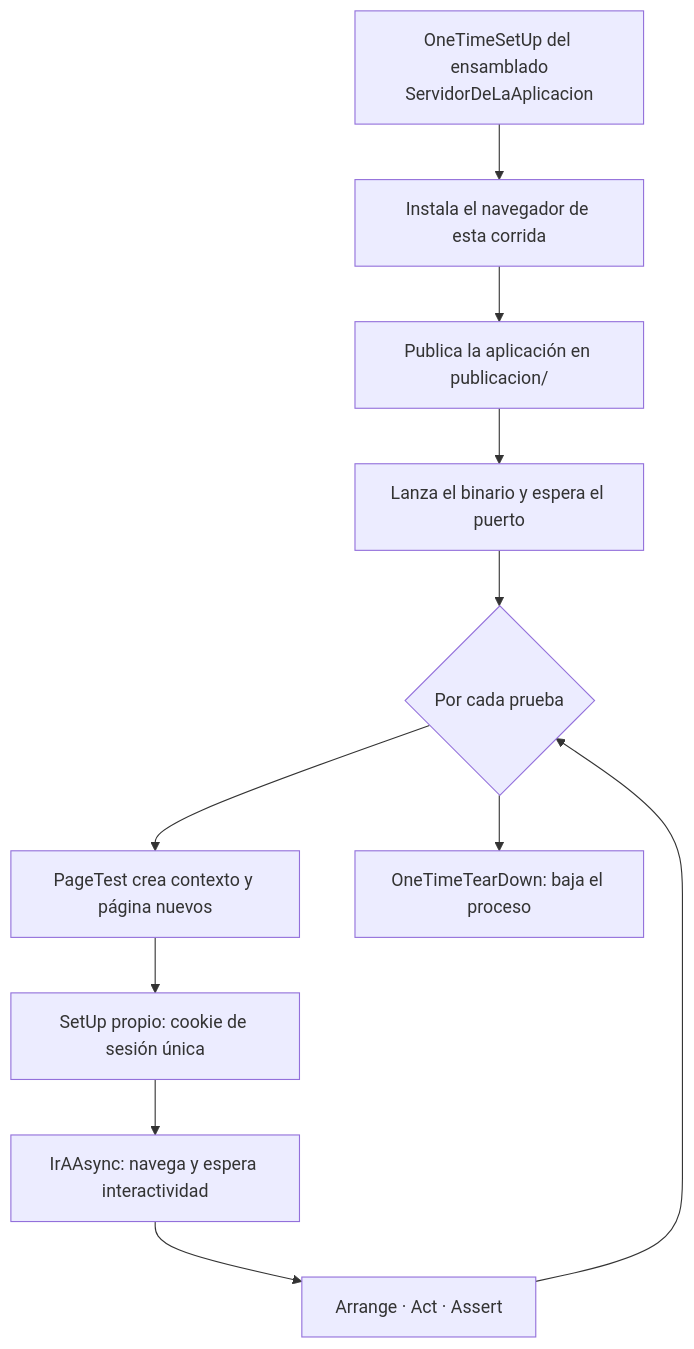
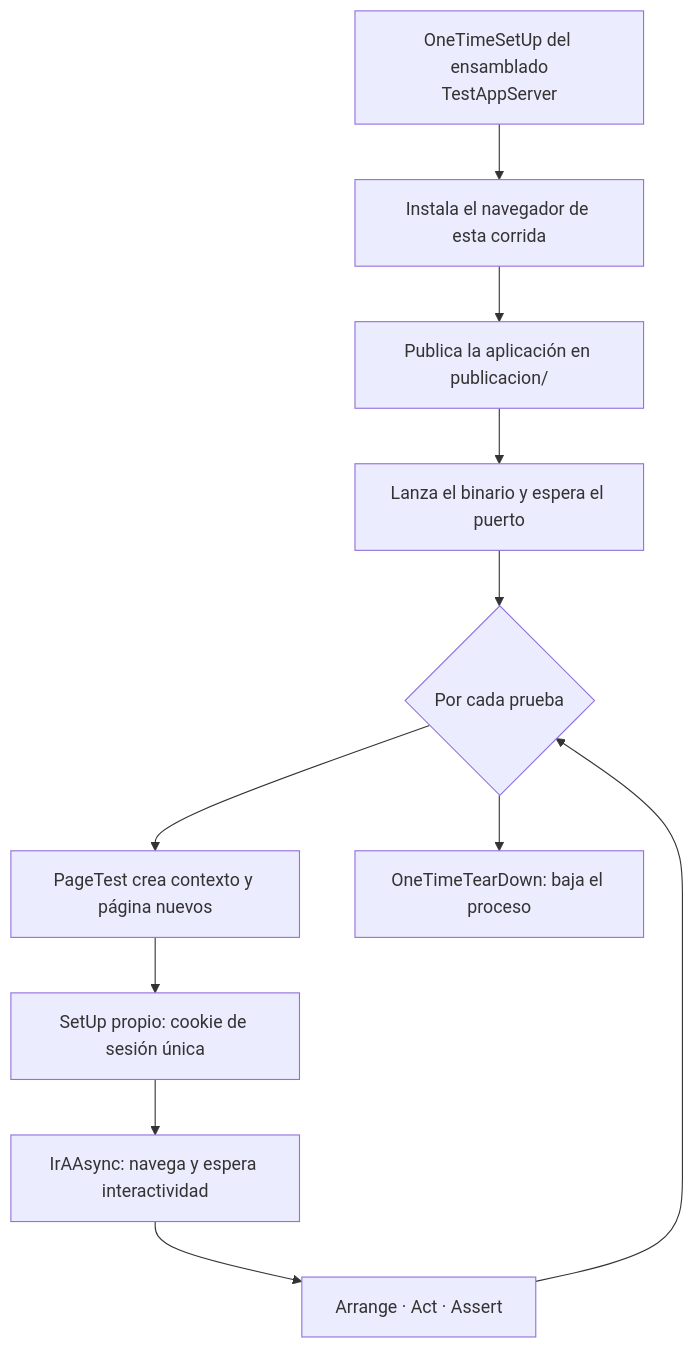
The diagram in Guides/E2E-Guide/Quick-Guide-ABM.md (hdcm-dev/Lab-E2E.WebBlazor.Documentacion), drawn with Mermaid before and after one commit. The commit also changed other lines of this file and 17 other files, not shown here.

````diff
--- a/Guides/E2E-Guide/Quick-Guide-ABM.md
+++ b/Guides/E2E-Guide/Quick-Guide-ABM.md
@@ -62,13 +62,13 @@
 ```mermaid
 flowchart TD
-    A["OneTimeSetUp del ensamblado<br/>ServidorDeLaAplicacion"] --> B["Instala el navegador de esta corrida"]
+    A["OneTimeSetUp del ensamblado<br/>TestAppServer"] --> B["Instala el navegador de esta corrida"]
     B --> C["Publica la aplicación en publicacion/"]
     C --> D["Lanza el binario y espera el puerto"]
     D --> E{"Por cada prueba"}
     E --> F["PageTest crea contexto y página nuevos"]
     F --> G["SetUp propio: cookie de sesión única"]
     G --> H["IrAAsync: navega y espera interactividad"]
     H --> I["Arrange · Act · Assert"]
     I --> E
     E --> J["OneTimeTearDown: baja el proceso"]
 ```
````
